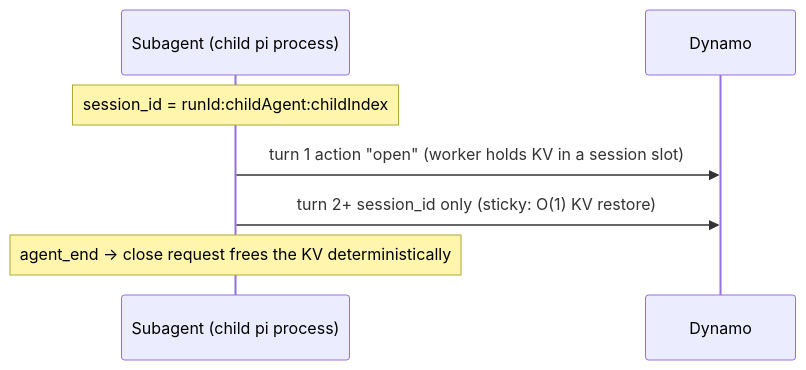
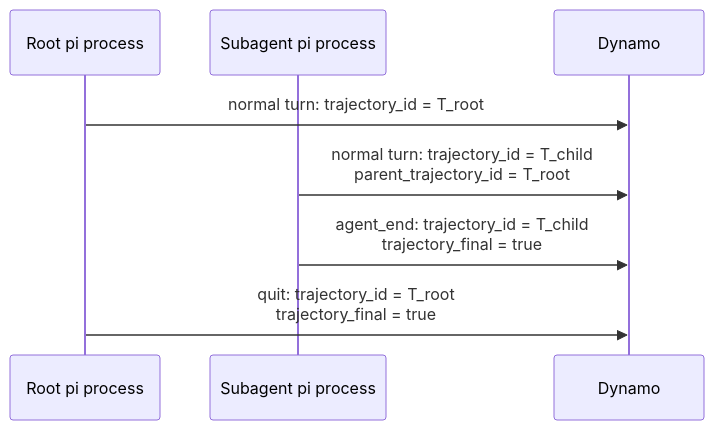
Before and after one commit to ai-dynamo/agent-plugins: the diagram in README.md, drawn with Mermaid. The commit also changed other lines of this file and 11 other files, not shown here.

````diff
--- a/README.md
+++ b/README.md
@@ -53,9 +53,10 @@
 ```mermaid
 sequenceDiagram
-    participant Child as Subagent (child pi process)
+    participant Root as Root pi process
+    participant Child as Subagent pi process
     participant Dynamo
-    Note over Child: session_id = runId:childAgent:childIndex
-    Child->>Dynamo: turn 1   action "open"   (worker holds KV in a session slot)
-    Child->>Dynamo: turn 2+  session_id only (sticky: O(1) KV restore)
-    Note over Child: agent_end -> close request frees the KV deterministically
+    Root->>Dynamo: normal turn: trajectory_id = T_root
+    Child->>Dynamo: normal turn: trajectory_id = T_child<br/>parent_trajectory_id = T_root
+    Child->>Dynamo: agent_end: trajectory_id = T_child<br/>trajectory_final = true
+    Root->>Dynamo: quit: trajectory_id = T_root<br/>trajectory_final = true
 ```
````
